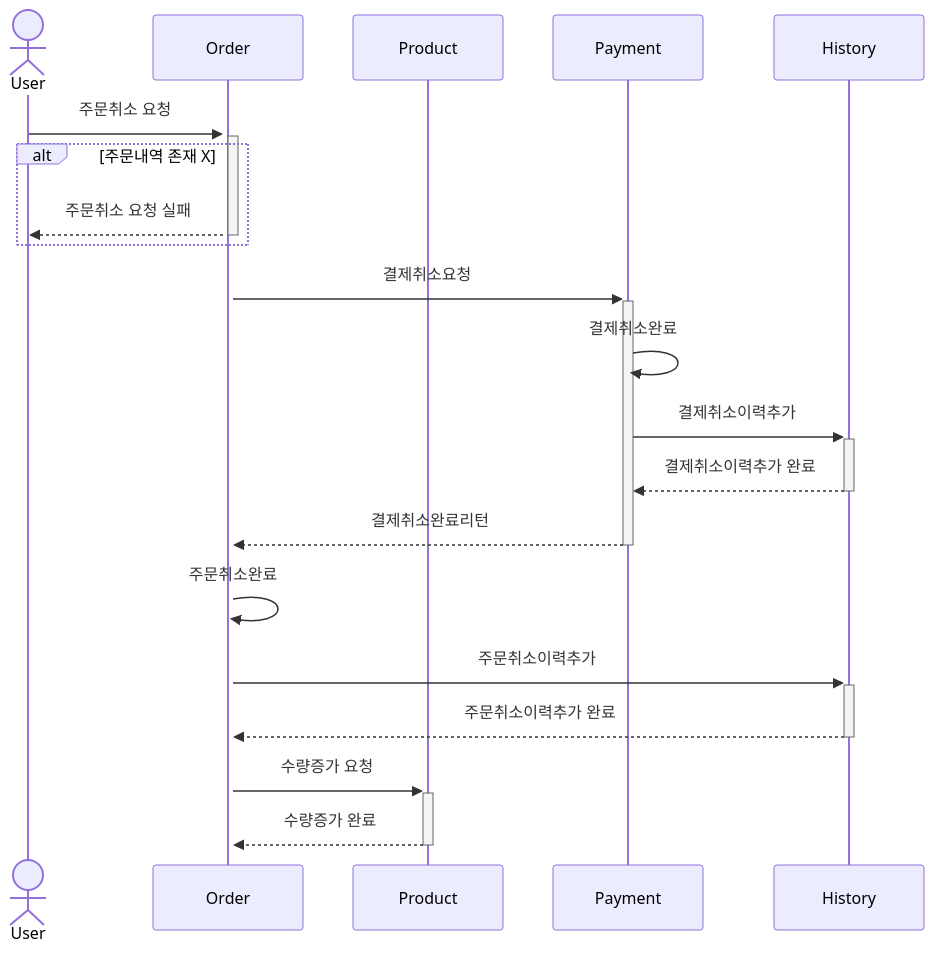
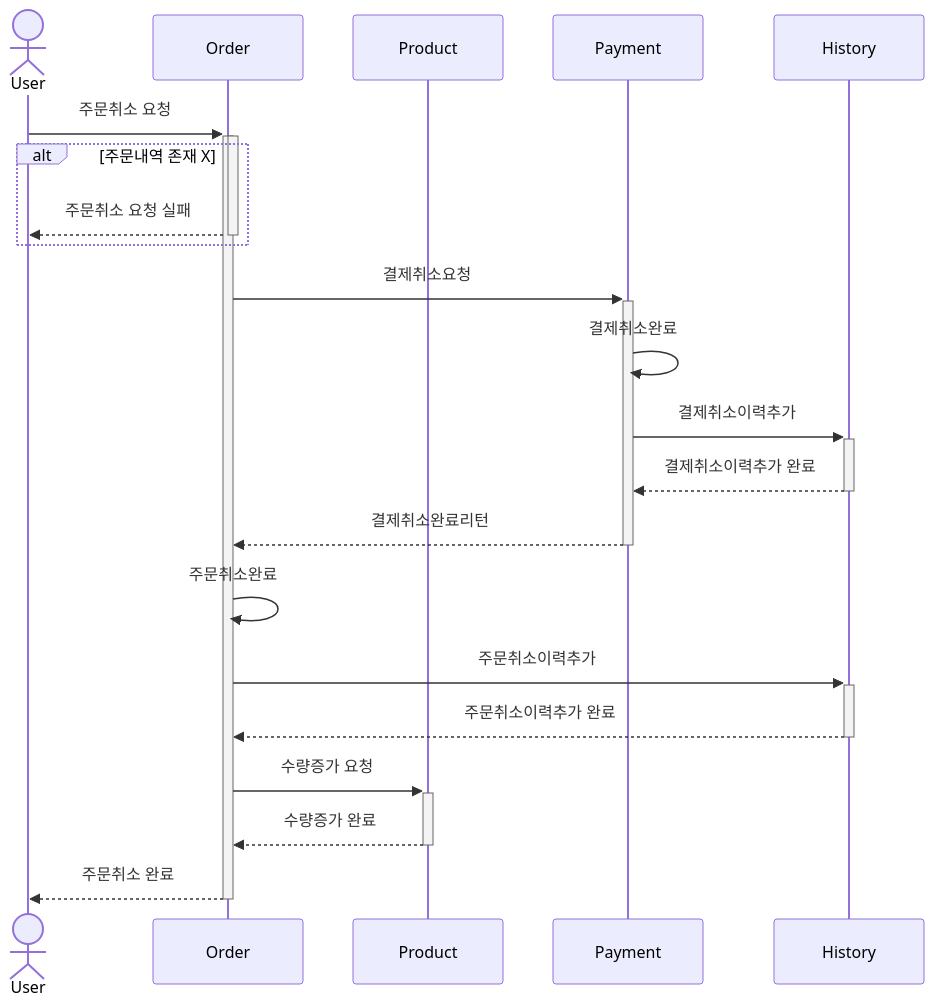
The ninth of 9 diagrams in docs/SequenceDiagram.md (LeeDoubleW/hanghae99_2st), drawn with Mermaid before and after one commit.

````diff
--- a/docs/SequenceDiagram.md
+++ b/docs/SequenceDiagram.md
@@ -131,24 +131,25 @@
 ```mermaid
 sequenceDiagram
     actor User
     participant Order as Order
     participant Product as Product
     participant Payment as Payment
     participant History as History
     User->>+Order: 주문취소 요청
     Activate Order
     alt 주문내역 존재 X
         Order-->>User: 주문취소 요청 실패
         Deactivate Order
     end
     Order->>+Payment: 결제취소요청
     Payment->>Payment: 결제취소완료
     Payment->>+History: 결제취소이력추가
     History-->>-Payment: 결제취소이력추가 완료
     Payment-->>-Order: 결제취소완료리턴
     Order->>Order: 주문취소완료
     Order->>+History: 주문취소이력추가
     History-->>-Order: 주문취소이력추가 완료
     Order->>+Product: 수량증가 요청
     Product-->>-Order: 수량증가 완료
+    Order-->>-User: 주문취소 완료
 ```
````
